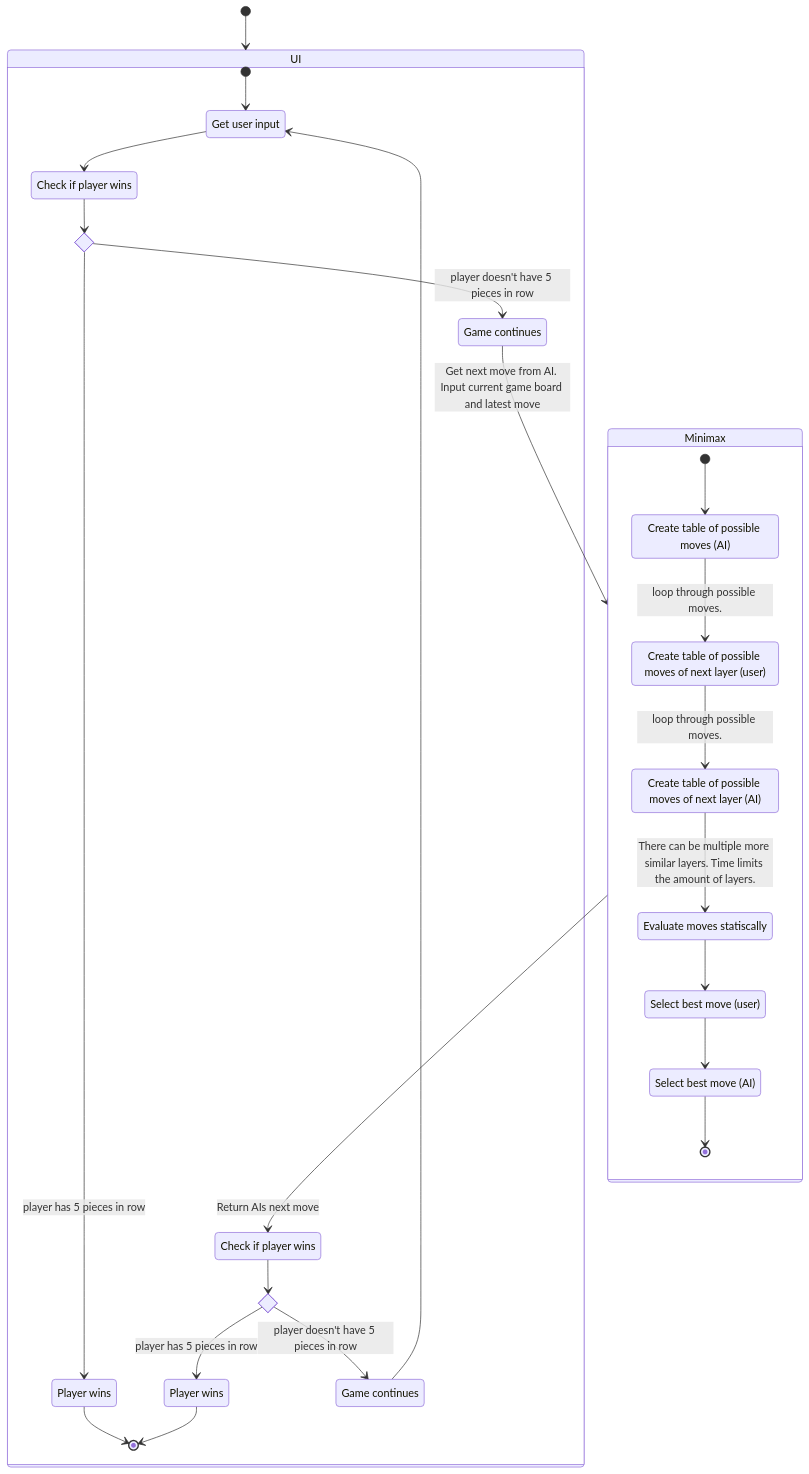
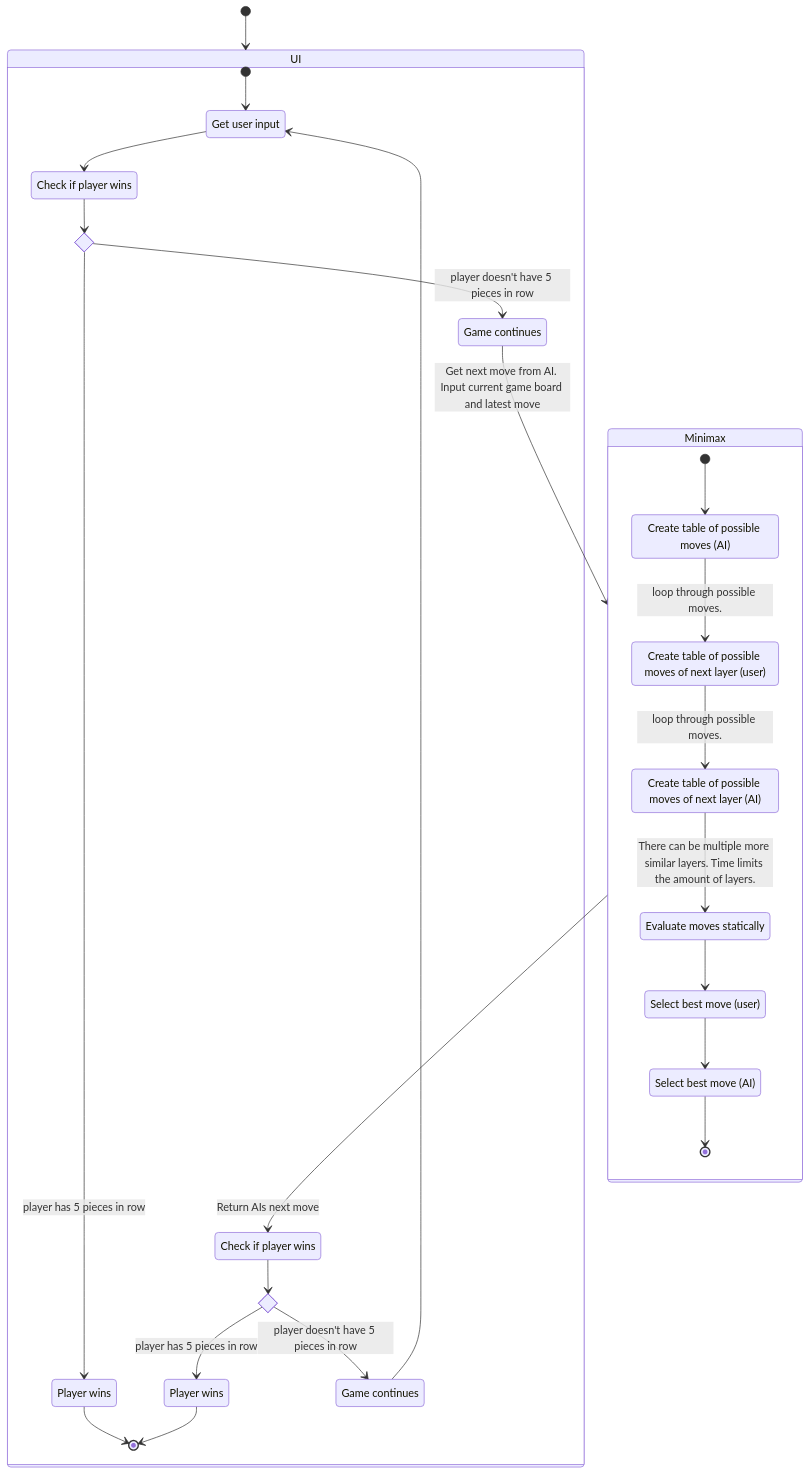
One commit to hurbios/gomoku changed the diagram in documentation/impelementation.md. Above: the diagram before and after it, drawn with Mermaid. The commit also changed 1 other file, not shown here.

Commit message:
Fix unit test

````diff
--- a/documentation/impelementation.md
+++ b/documentation/impelementation.md
@@ -5,45 +5,45 @@
 ```mermaid
 stateDiagram-v2
     [*] --> UI
     state UI {
         [*] --> userInput
         userInput: Get user input
         checkWin: Check if player wins
         userInput --> checkWin
         state if_state <<choice>>
         checkWin --> if_state
         if_state --> playerWins: player has 5 pieces in row
         if_state --> continueGame: player doesn't have 5 pieces in row
         playerWins --> [*]
         continueGame: Game continues
         playerWins: Player wins
         checkWin2: Check if player wins
         state if_state2 <<choice>>
         checkWin2 --> if_state2
         if_state2 --> playerWins2: player has 5 pieces in row
         if_state2--> continueGame2: player doesn't have 5 pieces in row
         playerWins2 --> [*]
         playerWins2: Player wins
         continueGame2: Game continues
         continueGame2 --> userInput
     }
 
     continueGame --> Minimax: Get next move from AI. Input current game board and latest move
     Minimax: Minimax
     state Minimax {
         [*] --> moveCandidate
         moveCandidate: Create table of possible moves (AI)
         moveCandidate --> moveCandidateDepth: loop through possible moves.
         moveCandidateDepth: Create table of possible moves of next layer (user)
         moveCandidateDepth --> moveCandidateDepth2: loop through possible moves.
         moveCandidateDepth2: Create table of possible moves of next layer (AI)
         moveCandidateDepth2 --> moveEval2: There can be multiple more similar layers. Time limits the amount of layers.
-        moveEval2: Evaluate moves statiscally
+        moveEval2: Evaluate moves statically
         moveEval2 --> moveEval1
         moveEval1: Select best move (user)
         moveEval1 --> moveEval
         moveEval: Select best move (AI)
         moveEval --> [*]
     }
     Minimax --> checkWin2: Return AIs next move
 ```
````
